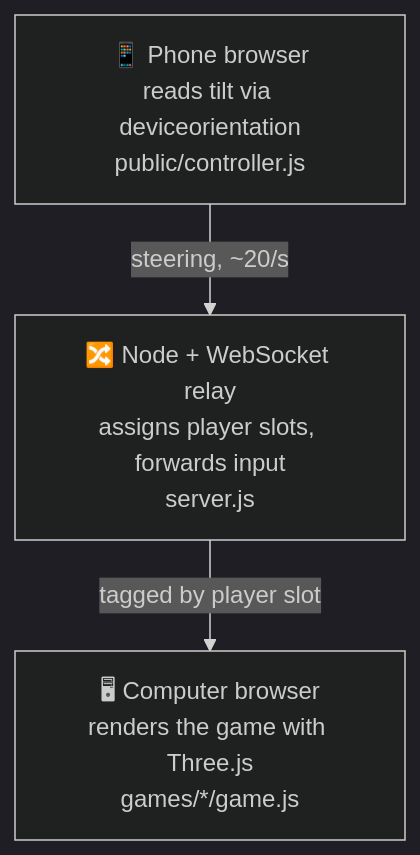
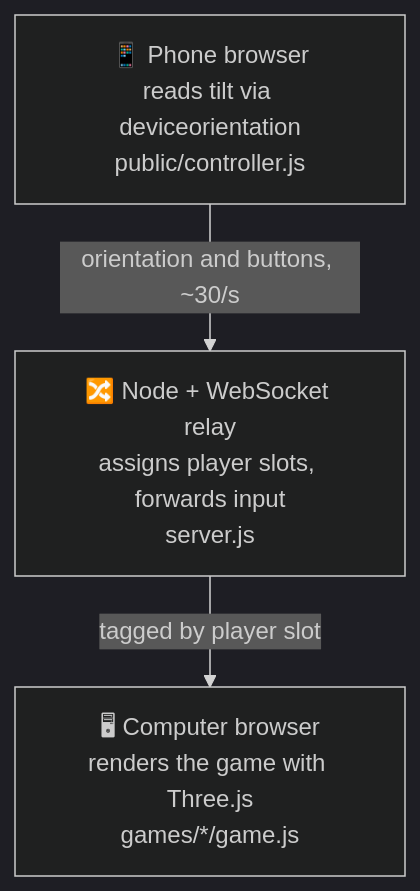
Before and after one commit to LucasArais/WiiPhone: the diagram in README.md, drawn with Mermaid (dark theme). The commit also changed other lines of this file and 109 other files, not shown here.

````diff
--- a/README.md
+++ b/README.md
@@ -47,8 +47,8 @@
 ```mermaid
 flowchart TD
     phone["📱 Phone browser<br/>reads tilt via deviceorientation<br/>public/controller.js"]
     relay["🔀 Node + WebSocket relay<br/>assigns player slots, forwards input<br/>server.js"]
     browser["🖥 Computer browser<br/>renders the game with Three.js<br/>games/*/game.js"]
-    phone -- "steering, ~20/s" --> relay
+    phone -- "orientation and buttons, ~30/s" --> relay
     relay -- "tagged by player slot" --> browser
 ```
````
